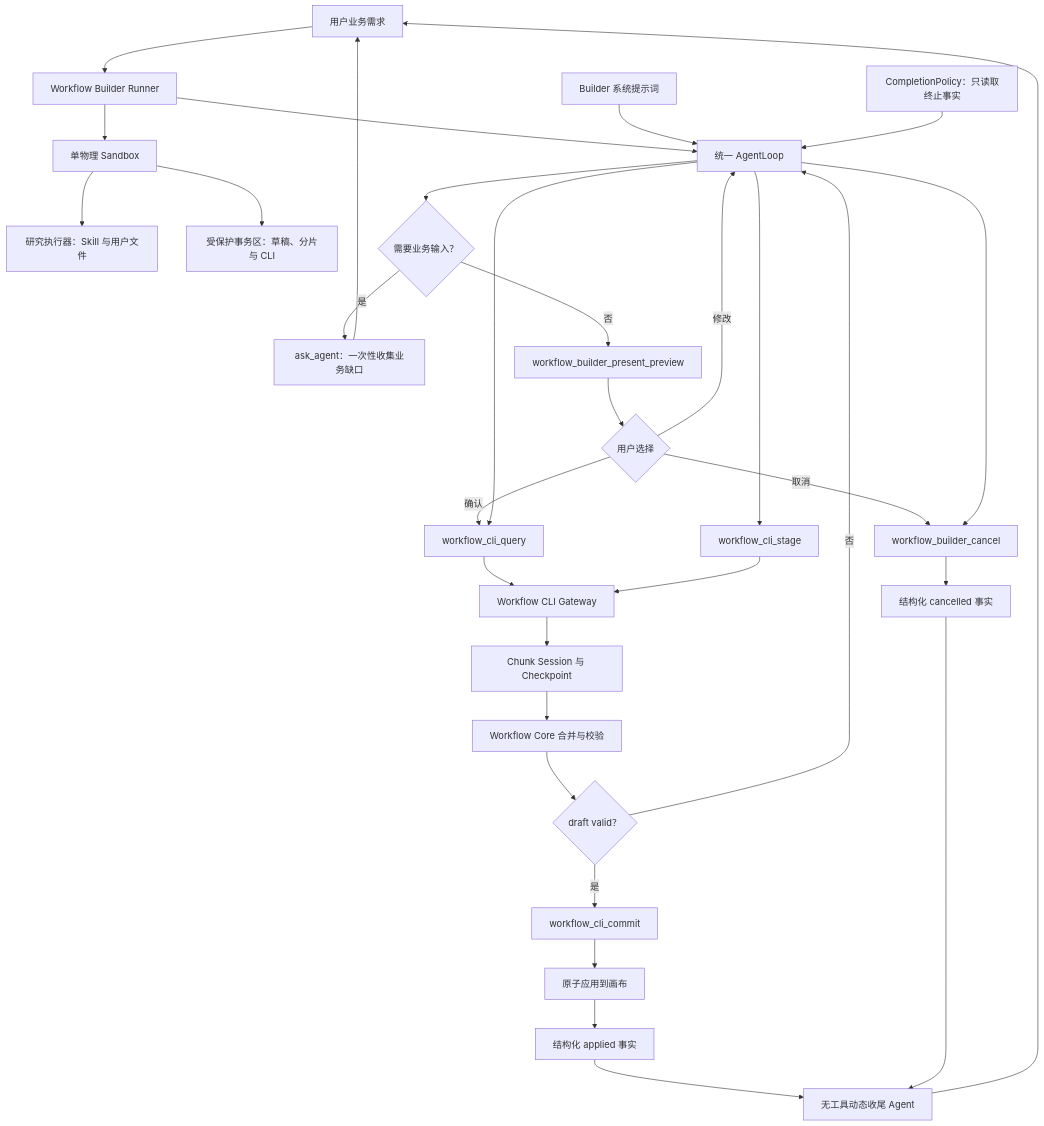
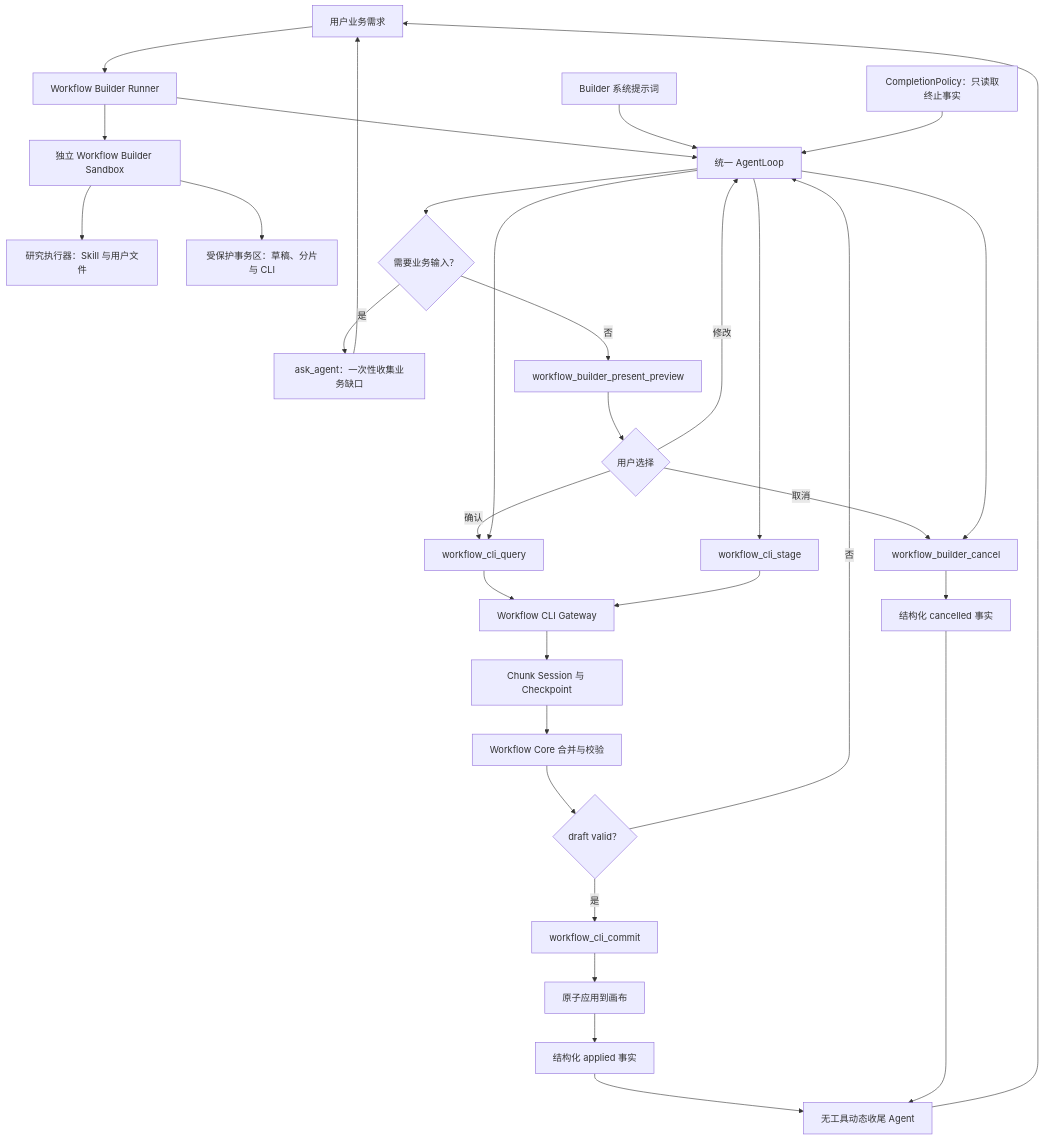
Before and after one commit to labring/FastGPT: the first of 2 diagrams in .agents/design/core/workflow/workflow-builder-single-sandbox-architecture.md, drawn with Mermaid. The commit also changed other lines of this file and 59 other files, not shown here.

Commit message:
feat(workflow-builder): add version confirmation and reliable apply

````diff
--- a/.agents/design/core/workflow/workflow-builder-single-sandbox-architecture.md
+++ b/.agents/design/core/workflow/workflow-builder-single-sandbox-architecture.md
@@ -18,34 +18,34 @@
 ```mermaid
 flowchart TD
   U["用户业务需求"] --> R["Workflow Builder Runner"]
-  R --> S["单物理 Sandbox"]
+  R --> S["独立 Workflow Builder Sandbox"]
   S --> SR["研究执行器：Skill 与用户文件"]
   S --> ST["受保护事务区：草稿、分片与 CLI"]
   R --> L["统一 AgentLoop"]
   P["Builder 系统提示词"] --> L
   CP["CompletionPolicy：只读取终止事实"] --> L
   L --> A{"需要业务输入？"}
   A -->|是| ASK["ask_agent：一次性收集业务缺口"]
   ASK --> U
   A -->|否| PV["workflow_builder_present_preview"]
   PV --> PC{"用户选择"}
   PC -->|修改| L
   PC -->|取消| CANCEL
   PC -->|确认| Q["workflow_cli_query"]
   L --> Q
   L --> SG["workflow_cli_stage"]
   Q --> G["Workflow CLI Gateway"]
   SG --> G
   G --> C["Chunk Session 与 Checkpoint"]
   C --> WC["Workflow Core 合并与校验"]
   WC --> V{"draft valid？"}
   V -->|否| L
   V -->|是| CM["workflow_cli_commit"]
   CM --> AP["原子应用到画布"]
   AP --> TF["结构化 applied 事实"]
   CANCEL["workflow_builder_cancel"] --> TF2["结构化 cancelled 事实"]
   L --> CANCEL
   TF --> F["无工具动态收尾 Agent"]
   TF2 --> F
   F --> U
 ```
````
